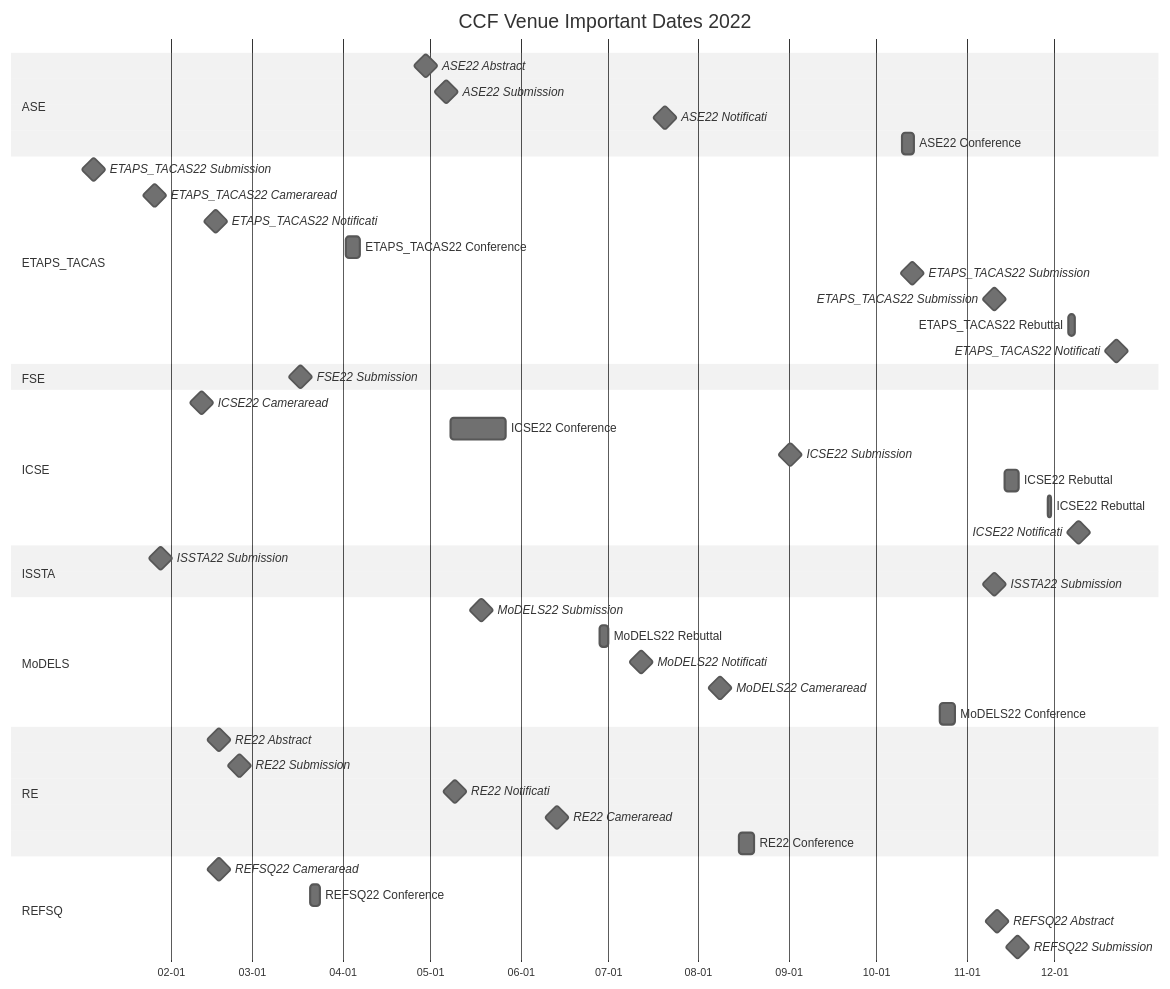
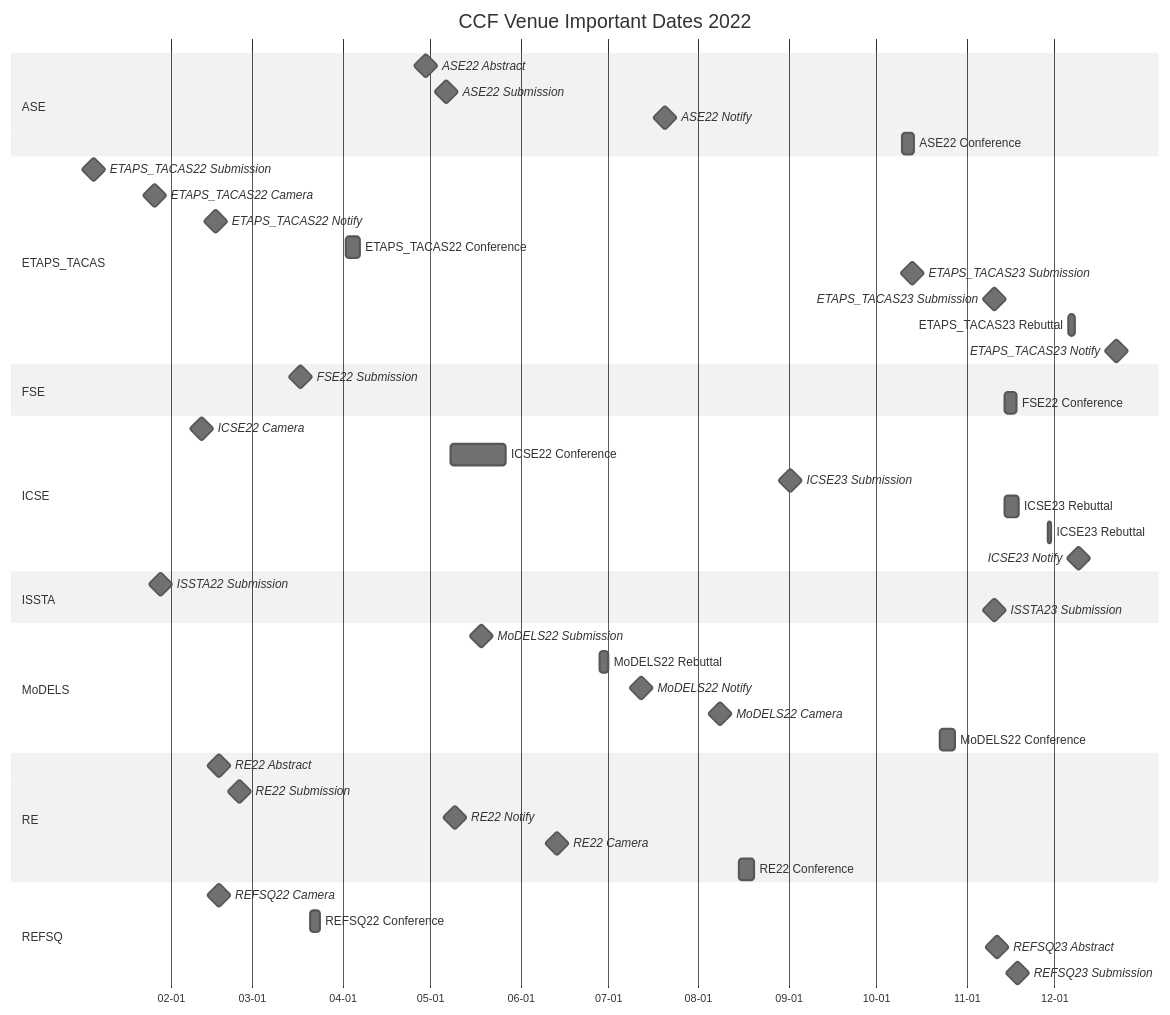
Before and after one commit to HansBug/research_ideas: the seventh of 9 diagrams in ccf_venues/TIMELINE.md, drawn with Mermaid (neutral theme). The commit also changed other lines of this file and 41 other files, not shown here.

````diff
--- a/ccf_venues/TIMELINE.md
+++ b/ccf_venues/TIMELINE.md
@@ -692,58 +726,59 @@
 ```mermaid
 gantt
   title CCF Venue Important Dates 2022
   dateFormat YYYY-MM-DD
   axisFormat %m-%d
 
   section ASE
   ASE22 Abstract :milestone, ase_2022_1_20220429, 2022-04-29, 1d
   ASE22 Submission :milestone, ase_2022_2_20220506, 2022-05-06, 1d
-  ASE22 Notificati :milestone, ase_2022_3_20220720, 2022-07-20, 1d
+  ASE22 Notify :milestone, ase_2022_3_20220720, 2022-07-20, 1d
   ASE22 Conference :ase_2022_4_20221010, 2022-10-10, 2022-10-14
 
   section ETAPS_TACAS
   ETAPS_TACAS22 Submission :milestone, etaps_tacas_2022_1_20220105, 2022-01-05, 1d
-  ETAPS_TACAS22 Cameraread :milestone, etaps_tacas_2022_2_20220126, 2022-01-26, 1d
-  ETAPS_TACAS22 Notificati :milestone, etaps_tacas_2022_3_20220216, 2022-02-16, 1d
+  ETAPS_TACAS22 Camera :milestone, etaps_tacas_2022_2_20220126, 2022-01-26, 1d
+  ETAPS_TACAS22 Notify :milestone, etaps_tacas_2022_3_20220216, 2022-02-16, 1d
   ETAPS_TACAS22 Conference :etaps_tacas_2022_4_20220402, 2022-04-02, 2022-04-07
-  ETAPS_TACAS22 Submission :milestone, etaps_tacas_2022_5_20221013, 2022-10-13, 1d
-  ETAPS_TACAS22 Submission :milestone, etaps_tacas_2022_6_20221110, 2022-11-10, 1d
-  ETAPS_TACAS22 Rebuttal :etaps_tacas_2022_7_20221206, 2022-12-06, 2022-12-08
-  ETAPS_TACAS22 Notificati :milestone, etaps_tacas_2022_8_20221222, 2022-12-22, 1d
+  ETAPS_TACAS23 Submission :milestone, etaps_tacas_2022_5_20221013, 2022-10-13, 1d
+  ETAPS_TACAS23 Submission :milestone, etaps_tacas_2022_6_20221110, 2022-11-10, 1d
+  ETAPS_TACAS23 Rebuttal :etaps_tacas_2022_7_20221206, 2022-12-06, 2022-12-08
+  ETAPS_TACAS23 Notify :milestone, etaps_tacas_2022_8_20221222, 2022-12-22, 1d
 
   section FSE
   FSE22 Submission :milestone, fse_2022_1_20220317, 2022-03-17, 1d
+  FSE22 Conference :fse_2022_2_20221114, 2022-11-14, 2022-11-18
 
   section ICSE
-  ICSE22 Cameraread :milestone, icse_2022_1_20220211, 2022-02-11, 1d
+  ICSE22 Camera :milestone, icse_2022_1_20220211, 2022-02-11, 1d
   ICSE22 Conference :icse_2022_2_20220508, 2022-05-08, 2022-05-27
-  ICSE22 Submission :milestone, icse_2022_3_20220901, 2022-09-01, 1d
-  ICSE22 Rebuttal :icse_2022_4_20221114, 2022-11-14, 2022-11-19
-  ICSE22 Rebuttal :icse_2022_5_20221129, 2022-11-29, 2022-11-30
-  ICSE22 Notificati :milestone, icse_2022_6_20221209, 2022-12-09, 1d
+  ICSE23 Submission :milestone, icse_2022_3_20220901, 2022-09-01, 1d
+  ICSE23 Rebuttal :icse_2022_4_20221114, 2022-11-14, 2022-11-19
+  ICSE23 Rebuttal :icse_2022_5_20221129, 2022-11-29, 2022-11-30
+  ICSE23 Notify :milestone, icse_2022_6_20221209, 2022-12-09, 1d
 
   section ISSTA
   ISSTA22 Submission :milestone, issta_2022_1_20220128, 2022-01-28, 1d
-  ISSTA22 Submission :milestone, issta_2022_2_20221110, 2022-11-10, 1d
+  ISSTA23 Submission :milestone, issta_2022_2_20221110, 2022-11-10, 1d
 
   section MoDELS
   MoDELS22 Submission :milestone, models_2022_1_20220518, 2022-05-18, 1d
   MoDELS22 Rebuttal :models_2022_2_20220628, 2022-06-28, 2022-07-01
-  MoDELS22 Notificati :milestone, models_2022_3_20220712, 2022-07-12, 1d
-  MoDELS22 Cameraread :milestone, models_2022_4_20220808, 2022-08-08, 1d
+  MoDELS22 Notify :milestone, models_2022_3_20220712, 2022-07-12, 1d
+  MoDELS22 Camera :milestone, models_2022_4_20220808, 2022-08-08, 1d
   MoDELS22 Conference :models_2022_5_20221023, 2022-10-23, 2022-10-28
 
   section RE
   RE22 Abstract :milestone, re_2022_1_20220217, 2022-02-17, 1d
   RE22 Submission :milestone, re_2022_2_20220224, 2022-02-24, 1d
-  RE22 Notificati :milestone, re_2022_3_20220509, 2022-05-09, 1d
-  RE22 Cameraread :milestone, re_2022_4_20220613, 2022-06-13, 1d
+  RE22 Notify :milestone, re_2022_3_20220509, 2022-05-09, 1d
+  RE22 Camera :milestone, re_2022_4_20220613, 2022-06-13, 1d
   RE22 Conference :re_2022_5_20220815, 2022-08-15, 2022-08-20
 
   section REFSQ
-  REFSQ22 Cameraread :milestone, refsq_2022_1_20220217, 2022-02-17, 1d
+  REFSQ22 Camera :milestone, refsq_2022_1_20220217, 2022-02-17, 1d
   REFSQ22 Conference :refsq_2022_2_20220321, 2022-03-21, 2022-03-24
-  REFSQ22 Abstract :milestone, refsq_2022_3_20221111, 2022-11-11, 1d
-  REFSQ22 Submission :milestone, refsq_2022_4_20221118, 2022-11-18, 1d
+  REFSQ23 Abstract :milestone, refsq_2022_3_20221111, 2022-11-11, 1d
+  REFSQ23 Submission :milestone, refsq_2022_4_20221118, 2022-11-18, 1d
 
 ```
````
